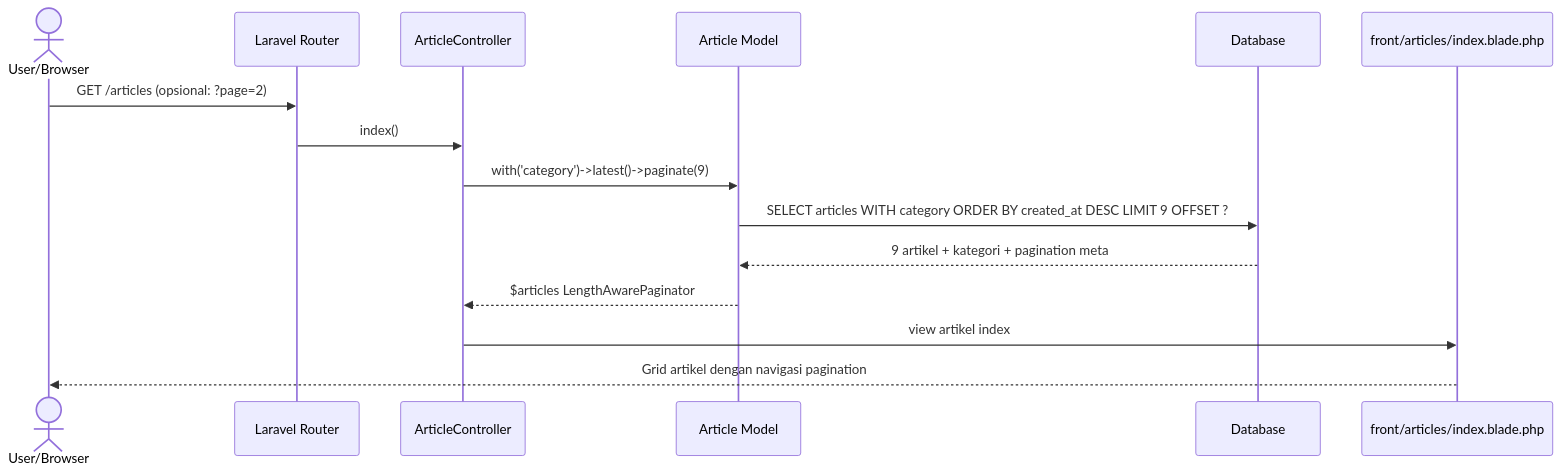
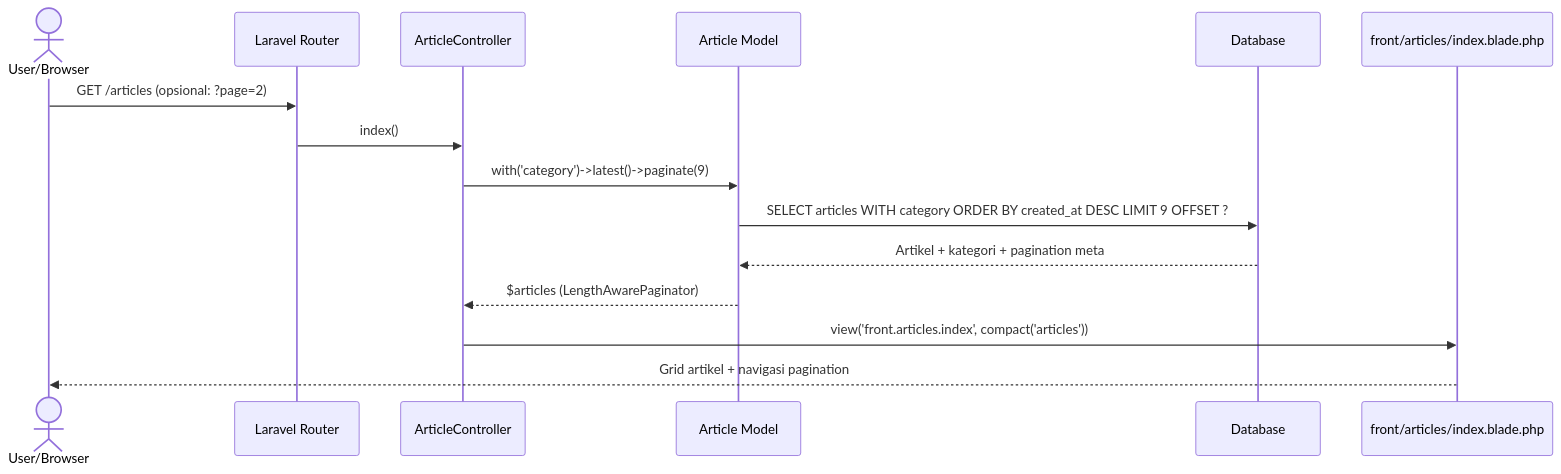
Before and after one commit to mustarisyahding07-spec/WEBSITE_SKRIPSI_MUSTARI: the eighth of 17 diagrams in docs/SEQUENCE_DIAGRAM_DOKUMENTASI.md, drawn with Mermaid. The commit also changed other lines of this file, not shown here.

Commit message:
docs: perbarui penjelasan sequence diagram ke format paragraf akademik

````diff
--- a/docs/SEQUENCE_DIAGRAM_DOKUMENTASI.md
+++ b/docs/SEQUENCE_DIAGRAM_DOKUMENTASI.md
@@ -421,18 +361,18 @@
 ```mermaid
 sequenceDiagram
     actor User as User/Browser
     participant Router as Laravel Router
     participant AC as ArticleController
     participant ArticleM as Article Model
     participant DB as Database
     participant View as front/articles/index.blade.php
 
     User->>Router: GET /articles (opsional: ?page=2)
     Router->>AC: index()
     AC->>ArticleM: with('category')->latest()->paginate(9)
     ArticleM->>DB: SELECT articles WITH category ORDER BY created_at DESC LIMIT 9 OFFSET ?
-    DB-->>ArticleM: 9 artikel + kategori + pagination meta
-    ArticleM-->>AC: $articles LengthAwarePaginator
-    AC->>View: view artikel index
-    View-->>User: Grid artikel dengan navigasi pagination
+    DB-->>ArticleM: Artikel + kategori + pagination meta
+    ArticleM-->>AC: $articles (LengthAwarePaginator)
+    AC->>View: view('front.articles.index', compact('articles'))
+    View-->>User: Grid artikel + navigasi pagination
 ```
````
